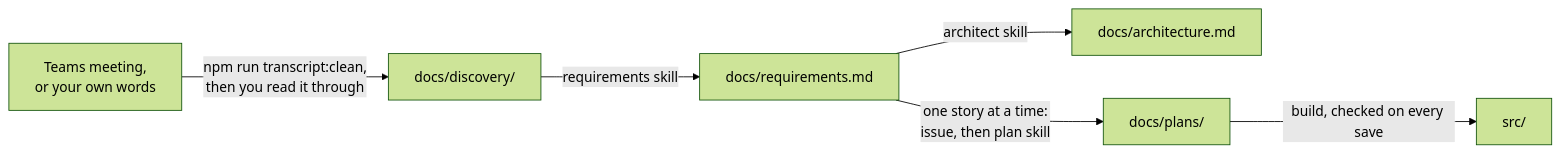
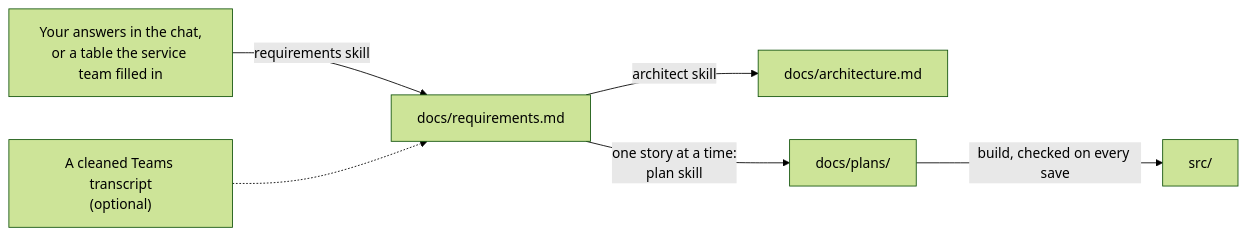
The third of 3 diagrams in instructions/01-how-the-harness-works.md (dbraben/lbbexley-ai-build-workshop), drawn with Mermaid (forest theme) before and after one commit. The commit also changed other lines of this file and 32 other files, not shown here.

````diff
--- a/instructions/01-how-the-harness-works.md
+++ b/instructions/01-how-the-harness-works.md
@@ -78,8 +79,8 @@
 ```mermaid
 flowchart LR
-    meeting["Teams meeting,<br/>or your own words"] -- "npm run transcript:clean,<br/>then you read it through" --> discovery["docs/discovery/"]
-    discovery -- "requirements skill" --> req["docs/requirements.md"]
+    talk["Your answers in the chat,<br/>or a table the service team filled in"] -- "requirements skill" --> req["docs/requirements.md"]
+    meeting["A cleaned Teams transcript<br/>(optional)"] -.-> req
     req -- "architect skill" --> arch["docs/architecture.md"]
-    req -- "one story at a time:<br/>issue, then plan skill" --> plan["docs/plans/"]
+    req -- "one story at a time:<br/>plan skill" --> plan["docs/plans/"]
     plan -- "build, checked on every save" --> src["src/"]
 ```
````
